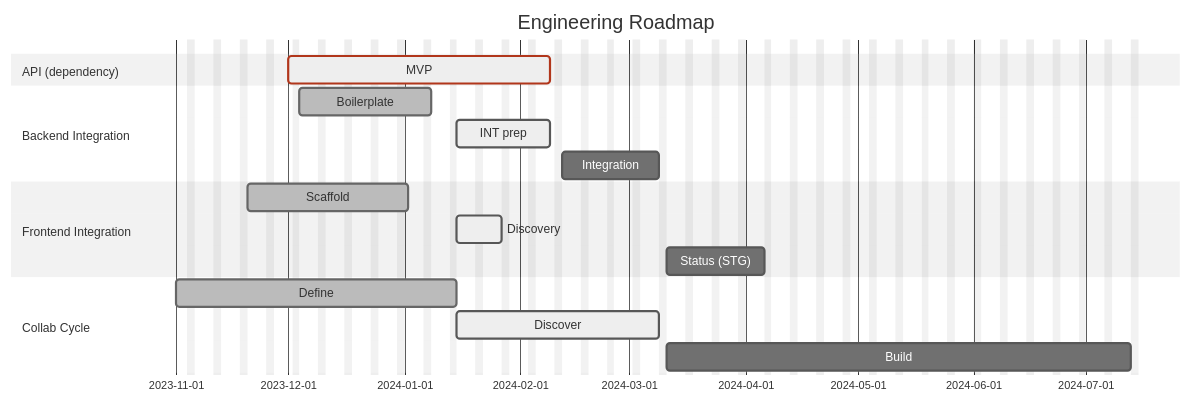
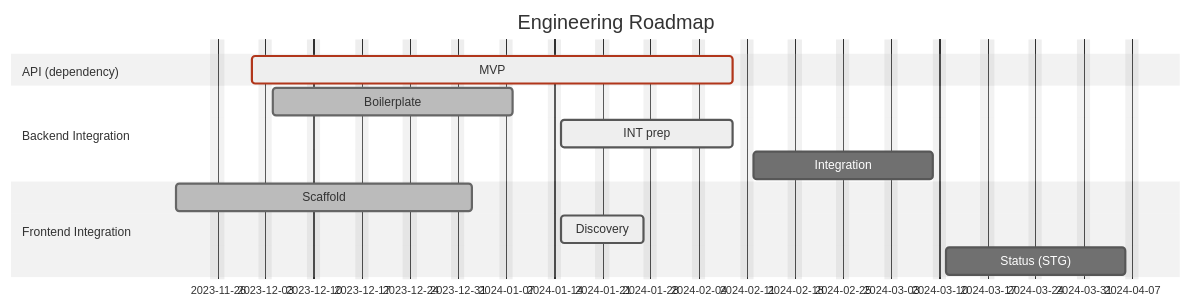
Before and after one commit to department-of-veterans-affairs/va.gov-team: the diagram in products/health-care/beneficiary-travel/engineering/eng-roadmap.md, drawn with Mermaid.

````diff
--- a/products/health-care/beneficiary-travel/engineering/eng-roadmap.md
+++ b/products/health-care/beneficiary-travel/engineering/eng-roadmap.md
@@ -6,35 +6,31 @@
 ```mermaid
 %%{
   init: {
     "theme": "neutral",
     "fontFamily": "monospace",
     "gantt": {
         "barHeight": 25,
         "leftPadding": 150
     }
   }
 }%%
 
 gantt
     %% A week is 5 days
     %% A sprint is 10 days
 
     title Engineering Roadmap
     dateFormat YYYY-MM-DD
     excludes weekends
 
     section API (dependency)
         MVP    :crit, active, api-mvp, 2023-12-01, 2024-02-09
     section Backend Integration
         Boilerplate :done, bplate, 2023-12-04, 2024-01-08
         INT prep    :active, int-be-prep, 2024-01-15, 2024-02-09
         Integration :int-be, 2024-02-12, 20d
     section Frontend Integration
         Scaffold        :done, scaff, 2023-11-20, 2024-01-02
         Discovery       :active, disc, 2024-01-15, 10d
         Status (STG)    :sts-fe-stg, after int-be, 20d
- section Collab Cycle
-        Define    :done, cc-def, 2023-11-01, 2024-01-15
-        Discover  :active, cc-disc, 2024-01-15, 40d
-        Build     :cc-build, after cc-disc, 90d
 ```
````
